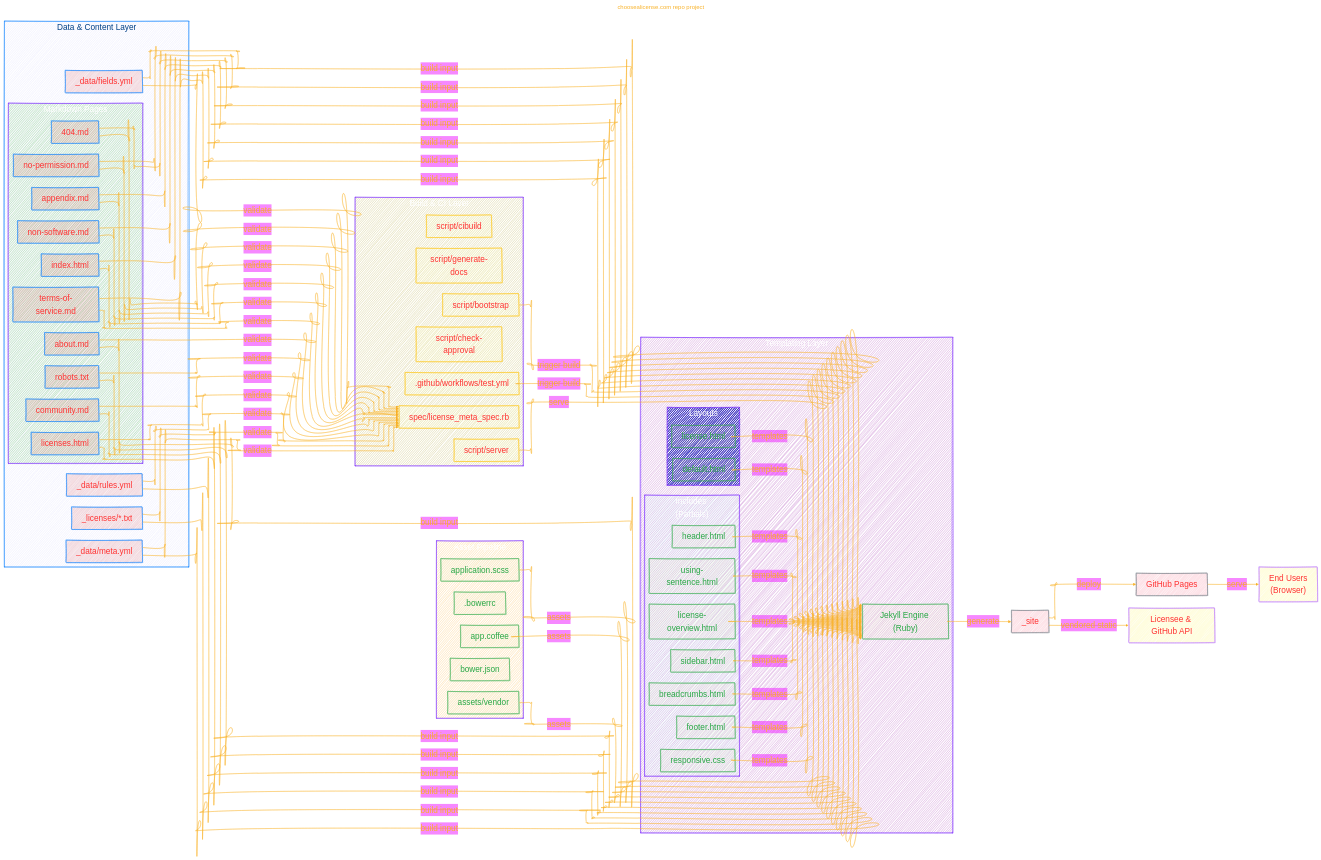
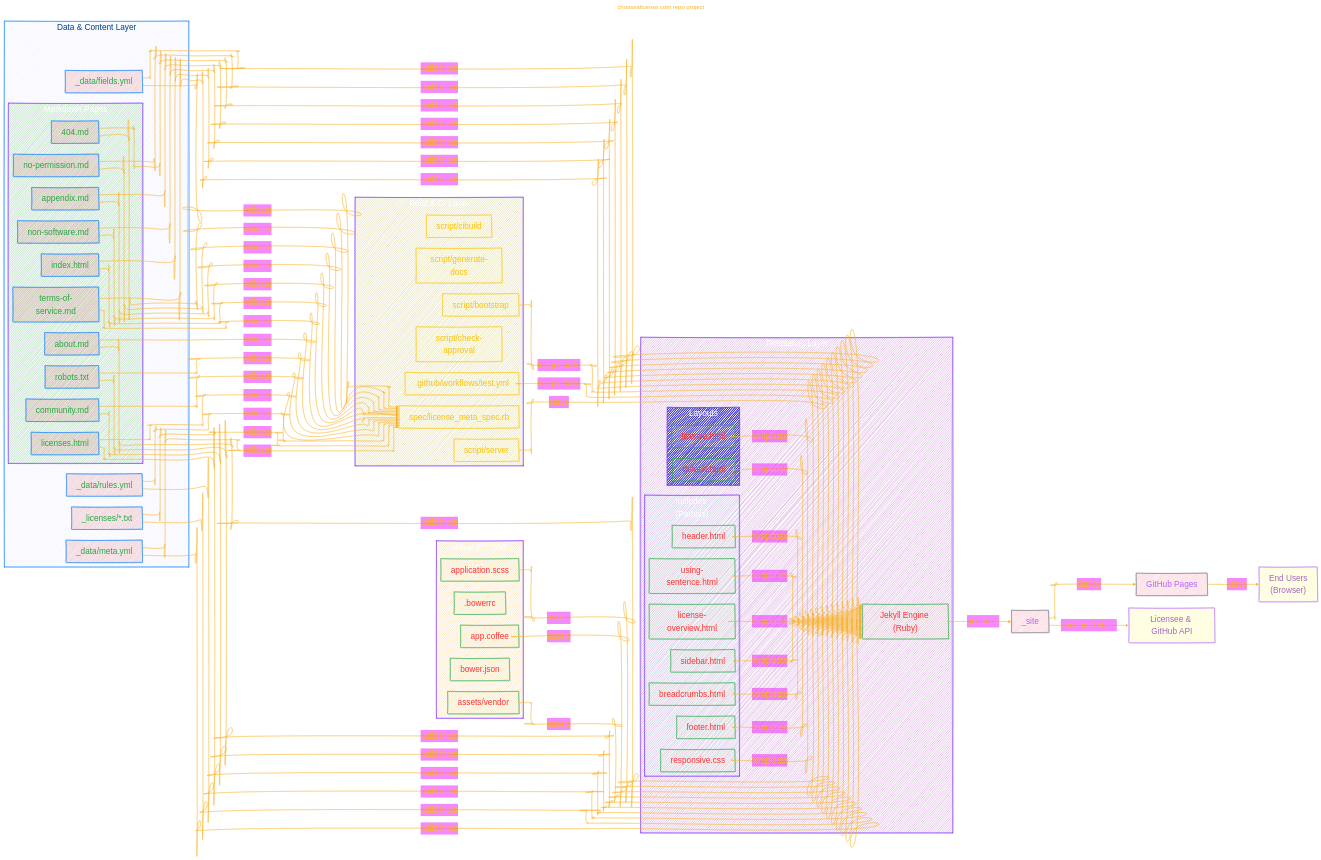
The first of 2 diagrams in GITHUB/choosealicense.com.md (CongLeSolutionX/ArchExplorer), drawn with Mermaid before and after one commit.

Commit message:
update notes

````diff
--- a/GITHUB/choosealicense.com.md
+++ b/GITHUB/choosealicense.com.md
@@ -201,9 +201,9 @@
     click workflow "https://github.com/github/choosealicense.com/blob/gh-pages//.github/workflows/test.yml"
 
     %% Styles
-    classDef data fill:#c222,stroke:#007bff,color:#F33F
-    classDef processing fill:#dda2,stroke:#28a745,color:#28a745
-    classDef ci fill:#fFA2,stroke:#ffc107,color:#F33F
-    classDef output fill:#e352,stroke:#6c757d,color:#F33F
-    classDef external fill:#fE12,stroke:#b366ff,color:#F33F
+    classDef data fill:#c222,stroke:#007bff,color:#28a745
+    classDef processing fill:#dda2,stroke:#28a745,color:#F33F
+    classDef ci fill:#fFA2,stroke:#ffc107,color:#ffc107
+    classDef output fill:#e352,stroke:#6c757d,color:#b366ff
+    classDef external fill:#fE12,stroke:#b366ff,color:#A569BD
 ```
````
